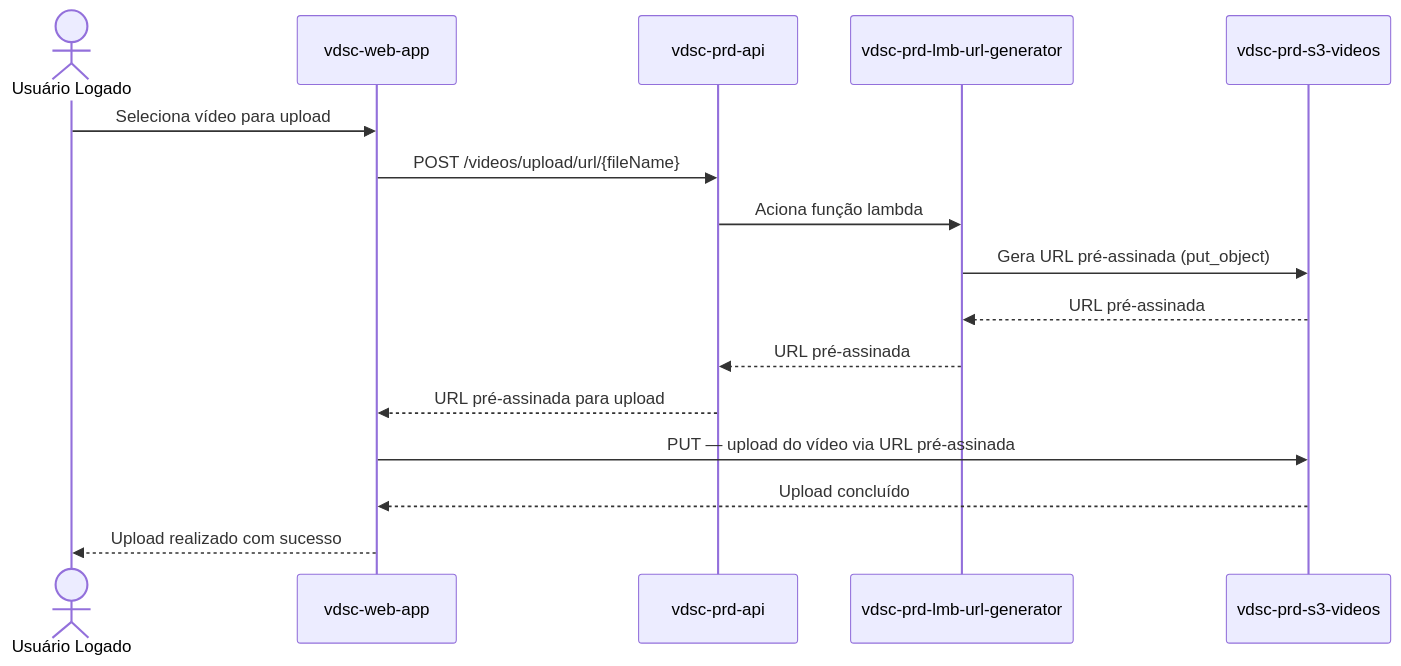
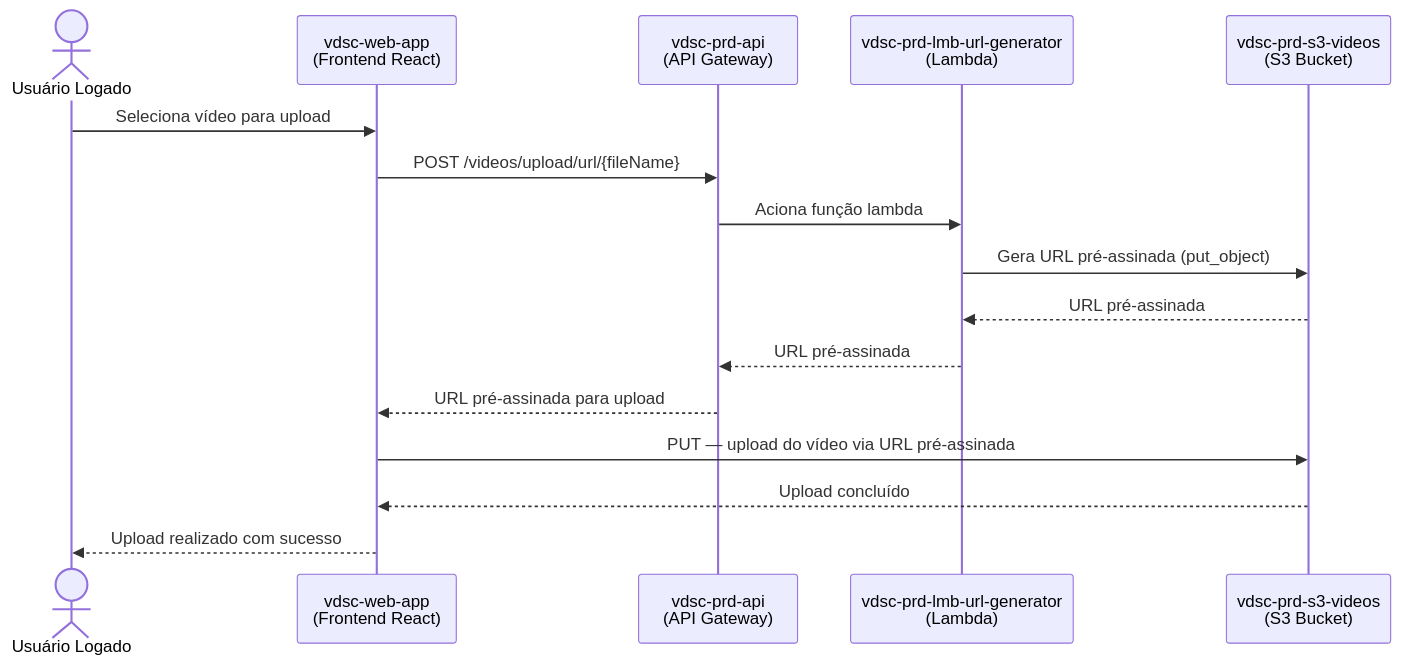
Before and after one commit to 11soat-hackathon-videoslice/ms-url-generator: the first of 2 diagrams in README.md, drawn with Mermaid.

Commit message:
Documentação de Entrega Final (#9)
* doc: Imagens e Diagrama de sequência do ms-url-generator

* Documentação de Entrega Final

---------

````diff
--- a/README.md
+++ b/README.md
@@ -28,19 +28,19 @@
 ```mermaid
 sequenceDiagram
     actor USR as Usuário Logado
-    participant WEB as vdsc-web-app
-    participant API as vdsc-prd-api
-    participant LMB as vdsc-prd-lmb-url-generator
-    participant S3 as vdsc-prd-s3-videos
+    participant WEB as vdsc-web-app<br/>(Frontend React)
+    participant API as vdsc-prd-api<br/>(API Gateway)
+    participant LMB as vdsc-prd-lmb-url-generator<br/>(Lambda)
+    participant S3 as vdsc-prd-s3-videos<br/>(S3 Bucket)
 
     USR->>WEB: Seleciona vídeo para upload
     WEB->>API: POST /videos/upload/url/{fileName}
     API->>LMB: Aciona função lambda
     LMB->>S3: Gera URL pré-assinada (put_object)
     S3-->>LMB: URL pré-assinada
     LMB-->>API: URL pré-assinada
     API-->>WEB: URL pré-assinada para upload
     WEB->>S3: PUT — upload do vídeo via URL pré-assinada
     S3-->>WEB: Upload concluído
     WEB-->>USR: Upload realizado com sucesso
 ```
````
